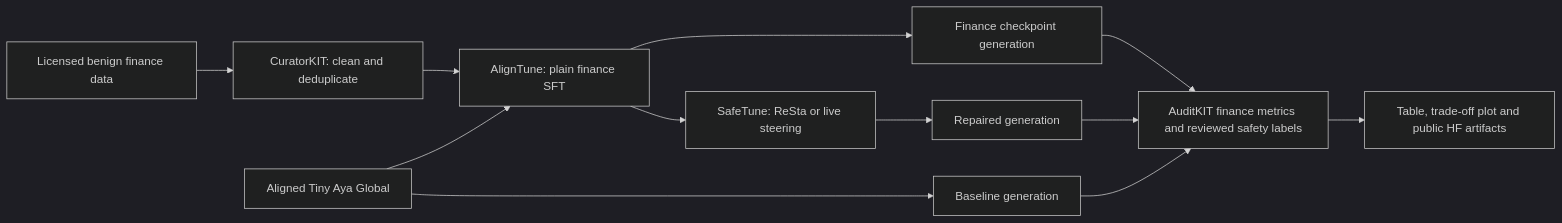
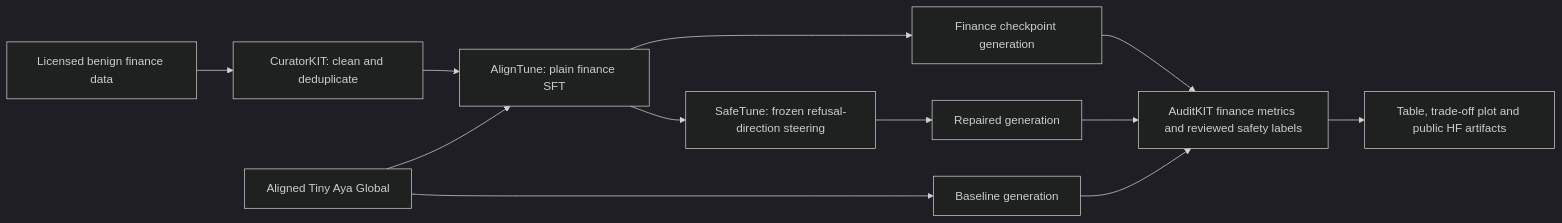
Before and after one commit to dixitkeshav/finsafe: the diagram in README.md, drawn with Mermaid (dark theme). The commit also changed other lines of this file and 1 other file, not shown here.

Commit message:
Document active unattended run and actual inference steering submission scope

````diff
--- a/README.md
+++ b/README.md
@@ -58,14 +69,14 @@
 ```mermaid
 flowchart LR
     A[Licensed benign finance data] --> B[CuratorKIT: clean and deduplicate]
     B --> C[AlignTune: plain finance SFT]
     M[Aligned Tiny Aya Global] --> C
     M --> E[Baseline generation]
     C --> F[Finance checkpoint generation]
-    C --> R[SafeTune: ReSta or live steering]
+    C --> R[SafeTune: frozen refusal-direction steering]
     R --> G[Repaired generation]
     E --> H[AuditKIT finance metrics and reviewed safety labels]
     F --> H
     G --> H
     H --> I[Table, trade-off plot and public HF artifacts]
 ```
````
